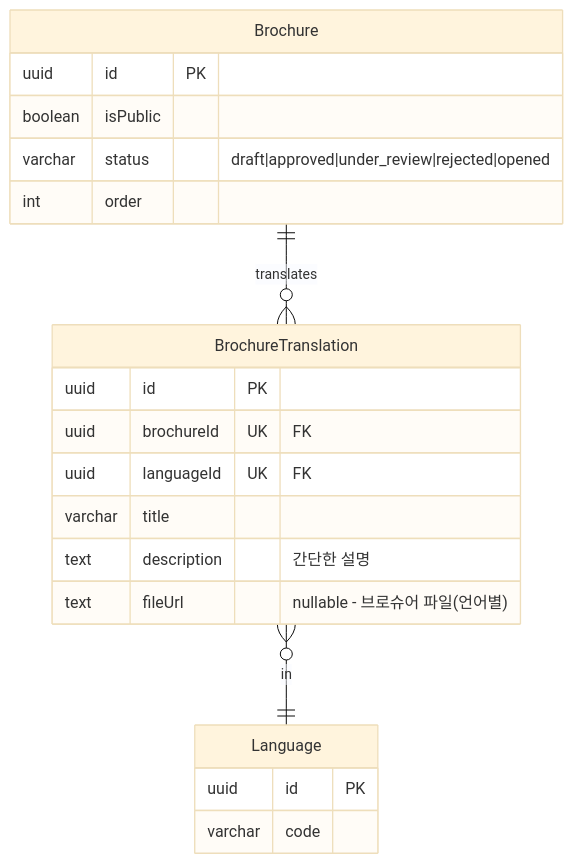
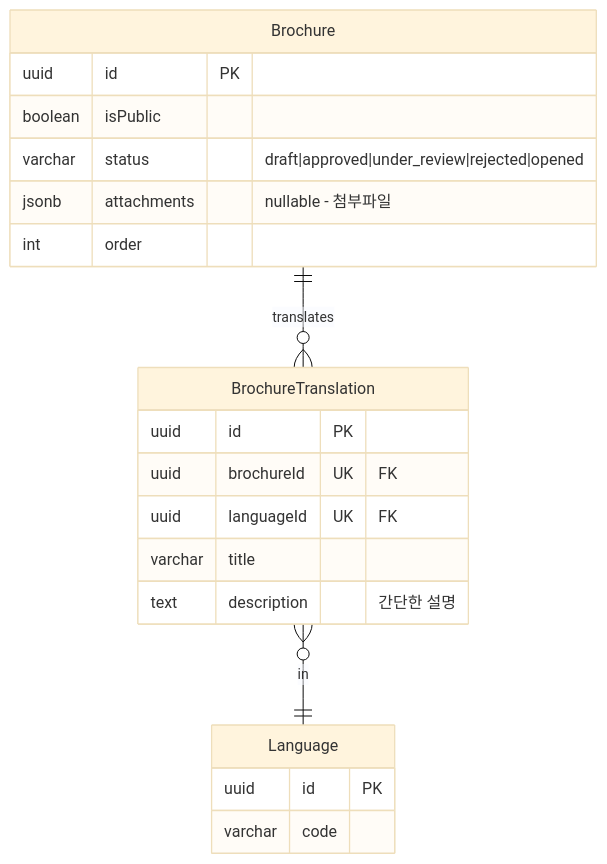
The seventh of 15 diagrams in docs/erd/er-diagram-entities.md (wukdddang/lumir-cms-backend), drawn with Mermaid (base theme) before and after one commit. The commit also changed other lines of this file and 2 other files, not shown here.

First line of the commit message:
feat: 첨부파일 관리 단순화 및 다국어 파일 규칙 추가

````diff
--- a/docs/erd/er-diagram-entities.md
+++ b/docs/erd/er-diagram-entities.md
@@ -297,26 +297,26 @@
 ```mermaid
 erDiagram
     Brochure {
         uuid id PK
         boolean isPublic
         varchar status "draft|approved|under_review|rejected|opened"
+        jsonb attachments "nullable - 첨부파일"
         int order
     }
     
     BrochureTranslation {
         uuid id PK
         uuid brochureId UK "FK"
         uuid languageId UK "FK"
         varchar title
         text description "간단한 설명"
-        text fileUrl "nullable - 브로슈어 파일(언어별)"
     }
     
     Language {
         uuid id PK
         varchar code
     }
     
     Brochure ||--o{ BrochureTranslation : "translates"
     BrochureTranslation }o--|| Language : "in"
 ```
````
